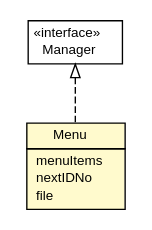
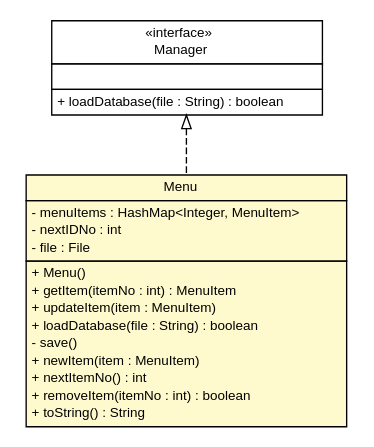
The diagram in docs/au/edu/griffith/ict/Menu.dot (DDevine/CrapPOS), drawn with Graphviz before and after one commit. The commit also changed 50 other files, not shown here.

```diff
--- a/docs/au/edu/griffith/ict/Menu.dot
+++ b/docs/au/edu/griffith/ict/Menu.dot
@@ -1,32 +1,49 @@
 #!/usr/local/bin/dot
 #
 # Class diagram 
 # Generated by UMLGraph version 1.6 (http://www.umlgraph.org/)
 #
 
 digraph G {
 	edge [fontname="Helvetica",fontsize=10,labelfontname="Helvetica",labelfontsize=10];
 	node [fontname="Helvetica",fontsize=10,shape=plaintext];
 	nodesep=0.25;
 	ranksep=0.5;
 	// au.edu.griffith.ict.Manager
-	c57 [label=<<table title="au.edu.griffith.ict.Manager" border="0" cellborder="1" cellspacing="0" cellpadding="2" port="p" href="./Manager.html">
+	c51 [label=<<table title="au.edu.griffith.ict.Manager" border="0" cellborder="1" cellspacing="0" cellpadding="2" port="p" href="./Manager.html">
 		<tr><td><table border="0" cellspacing="0" cellpadding="1">
 <tr><td align="center" balign="center"> &#171;interface&#187; </td></tr>
 <tr><td align="center" balign="center"> Manager </td></tr>
 		</table></td></tr>
+		<tr><td><table border="0" cellspacing="0" cellpadding="1">
+<tr><td align="left" balign="left">  </td></tr>
+		</table></td></tr>
+		<tr><td><table border="0" cellspacing="0" cellpadding="1">
+<tr><td align="left" balign="left"> + loadDatabase(file : String) : boolean </td></tr>
+		</table></td></tr>
 		</table>>, URL="./Manager.html", fontname="Helvetica", fontcolor="black", fontsize=10.0];
 	// au.edu.griffith.ict.Menu
-	c59 [label=<<table title="au.edu.griffith.ict.Menu" border="0" cellborder="1" cellspacing="0" cellpadding="2" port="p" bgcolor="lemonChiffon" href="./Menu.html">
+	c53 [label=<<table title="au.edu.griffith.ict.Menu" border="0" cellborder="1" cellspacing="0" cellpadding="2" port="p" bgcolor="lemonChiffon" href="./Menu.html">
 		<tr><td><table border="0" cellspacing="0" cellpadding="1">
 <tr><td align="center" balign="center"> Menu </td></tr>
 		</table></td></tr>
 		<tr><td><table border="0" cellspacing="0" cellpadding="1">
-<tr><td align="left" balign="left">  menuItems </td></tr>
-<tr><td align="left" balign="left">  nextIDNo </td></tr>
-<tr><td align="left" balign="left">  file </td></tr>
+<tr><td align="left" balign="left"> - menuItems : HashMap&lt;Integer, MenuItem&gt; </td></tr>
+<tr><td align="left" balign="left"> - nextIDNo : int </td></tr>
+<tr><td align="left" balign="left"> - file : File </td></tr>
+		</table></td></tr>
+		<tr><td><table border="0" cellspacing="0" cellpadding="1">
+<tr><td align="left" balign="left"> + Menu() </td></tr>
+<tr><td align="left" balign="left"> + getItem(itemNo : int) : MenuItem </td></tr>
+<tr><td align="left" balign="left"> + updateItem(item : MenuItem) </td></tr>
+<tr><td align="left" balign="left"> + loadDatabase(file : String) : boolean </td></tr>
+<tr><td align="left" balign="left"> - save() </td></tr>
+<tr><td align="left" balign="left"> + newItem(item : MenuItem) </td></tr>
+<tr><td align="left" balign="left"> + nextItemNo() : int </td></tr>
+<tr><td align="left" balign="left"> + removeItem(itemNo : int) : boolean </td></tr>
+<tr><td align="left" balign="left"> + toString() : String </td></tr>
 		</table></td></tr>
 		</table>>, URL="./Menu.html", fontname="Helvetica", fontcolor="black", fontsize=10.0];
 	//au.edu.griffith.ict.Menu implements au.edu.griffith.ict.Manager
-	c57:p -> c59:p [dir=back,arrowtail=empty,style=dashed];
+	c51:p -> c53:p [dir=back,arrowtail=empty,style=dashed];
 }
```
